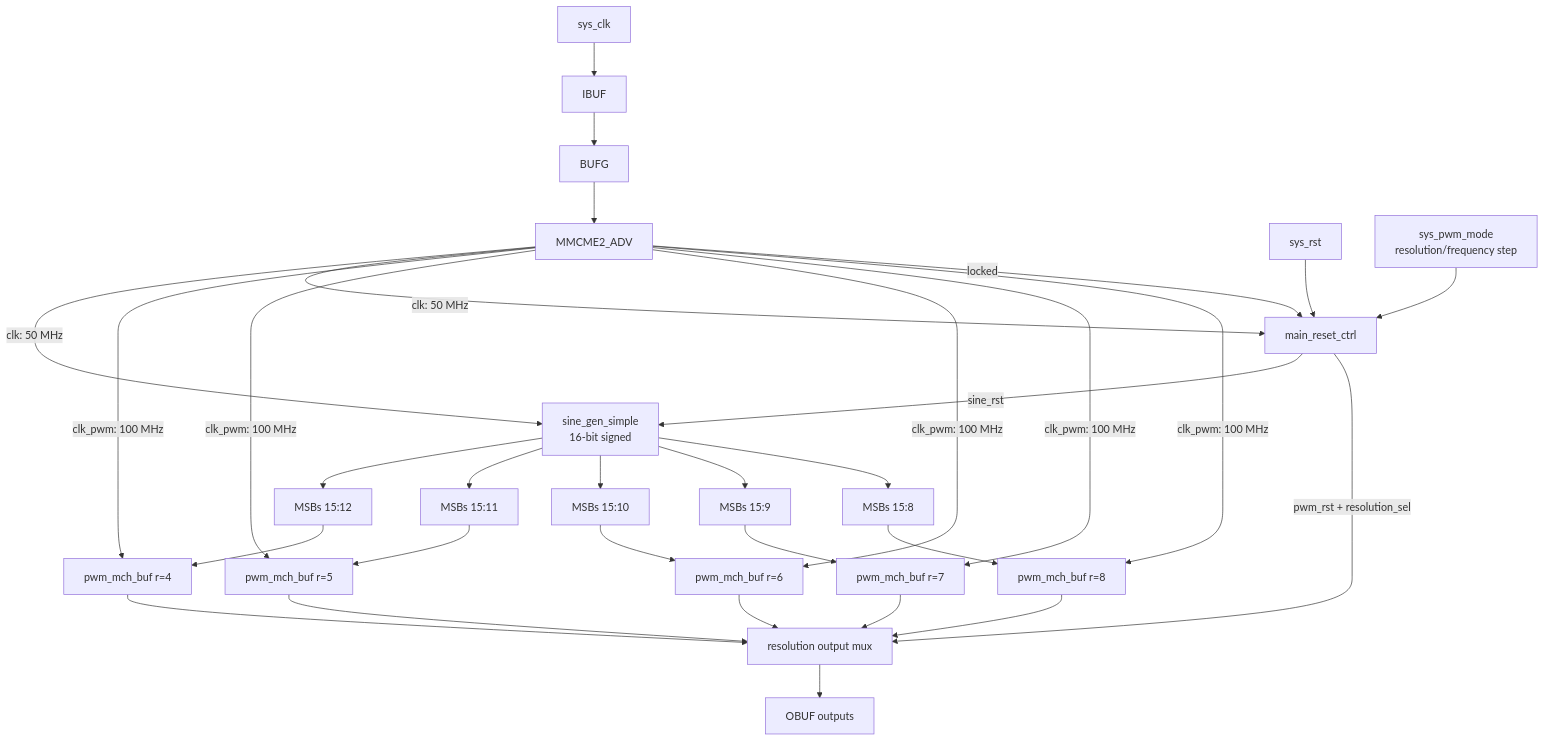
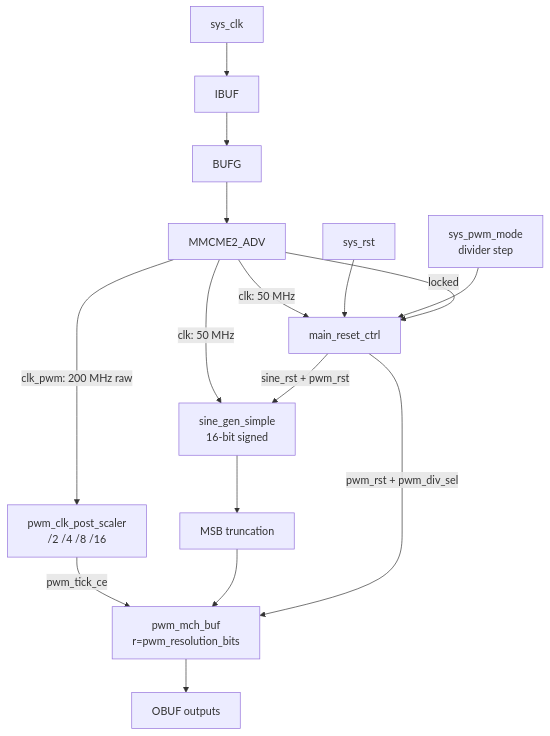
One commit to ekazakov1507/pwm_demo changed the diagram in docs/src/main.md. Above: the diagram before and after it, drawn with Mermaid. The commit also changed other lines of this file and 24 other files, not shown here.

Commit message:
Add buffered PWM clock post-scaler

````diff
--- a/docs/src/main.md
+++ b/docs/src/main.md
@@ -11,30 +11,16 @@
 ```mermaid
 graph TB
     SYS_CLK[sys_clk] --> IBUF[IBUF] --> BUFG[BUFG] --> MMCM[MMCME2_ADV]
     MMCM -->|clk: 50 MHz| SINE[sine_gen_simple<br/>16-bit signed]
     MMCM -->|clk: 50 MHz| CTRL[main_reset_ctrl]
-    MMCM -->|clk_pwm: 100 MHz| PWM4[pwm_mch_buf r=4]
-    MMCM -->|clk_pwm: 100 MHz| PWM5[pwm_mch_buf r=5]
-    MMCM -->|clk_pwm: 100 MHz| PWM6[pwm_mch_buf r=6]
-    MMCM -->|clk_pwm: 100 MHz| PWM7[pwm_mch_buf r=7]
-    MMCM -->|clk_pwm: 100 MHz| PWM8[pwm_mch_buf r=8]
+    MMCM -->|clk_pwm: 200 MHz raw| SCALER[pwm_clk_post_scaler<br/>/2 /4 /8 /16]
+    SCALER -->|pwm_tick_ce| PWM[pwm_mch_buf<br/>r=pwm_resolution_bits]
 
-    SINE --> T4[MSBs 15:12] --> PWM4
-    SINE --> T5[MSBs 15:11] --> PWM5
-    SINE --> T6[MSBs 15:10] --> PWM6
-    SINE --> T7[MSBs 15:9] --> PWM7
-    SINE --> T8[MSBs 15:8] --> PWM8
-
+    SINE --> TRUNC[MSB truncation] --> PWM
     SYS_RST[sys_rst] --> CTRL
-    STEP[sys_pwm_mode<br/>resolution/frequency step] --> CTRL
+    STEP[sys_pwm_mode<br/>divider step] --> CTRL
     MMCM -->|locked| CTRL
-    CTRL -->|sine_rst| SINE
-    CTRL -->|pwm_rst + resolution_sel| MUX[resolution output mux]
-
-    PWM4 --> MUX
-    PWM5 --> MUX
-    PWM6 --> MUX
-    PWM7 --> MUX
-    PWM8 --> MUX
-    MUX --> OBUF[OBUF outputs]
+    CTRL -->|sine_rst + pwm_rst| SINE
+    CTRL -->|pwm_rst + pwm_div_sel| PWM
+    PWM --> OBUF[OBUF outputs]
 ```
````
